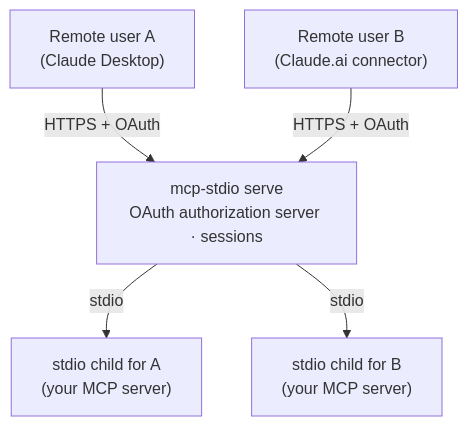
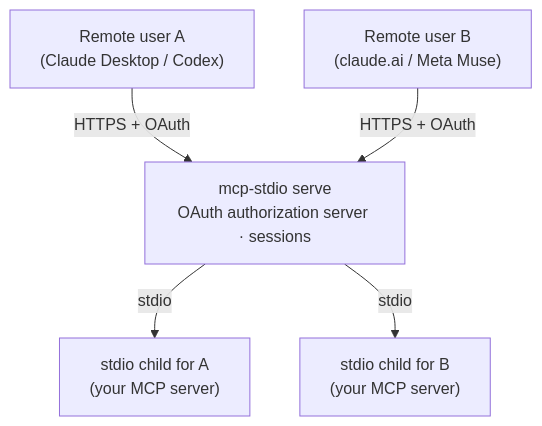
Before and after one commit to shigechika/mcp-stdio: the second of 3 diagrams in docs/modes.md, drawn with Mermaid. The commit also changed other lines of this file and 11 other files, not shown here.

First line of the commit message:
docs: show mcp-stdio works with non-Claude MCP clients (Codex, Meta Muse) (#482)

````diff
--- a/docs/modes.md
+++ b/docs/modes.md
@@ -57,12 +57,12 @@
 ```mermaid
 graph TD
-    A1["Remote user A<br/>(Claude Desktop)"]
-    A2["Remote user B<br/>(Claude.ai connector)"]
+    A1["Remote user A<br/>(Claude Desktop / Codex)"]
+    A2["Remote user B<br/>(claude.ai / Meta Muse)"]
     B["mcp-stdio serve<br/>OAuth authorization server · sessions"]
     C1["stdio child for A<br/>(your MCP server)"]
     C2["stdio child for B<br/>(your MCP server)"]
     A1 -- "HTTPS + OAuth" --> B
     A2 -- "HTTPS + OAuth" --> B
     B -- "stdio" --> C1
     B -- "stdio" --> C2
 ```
````
